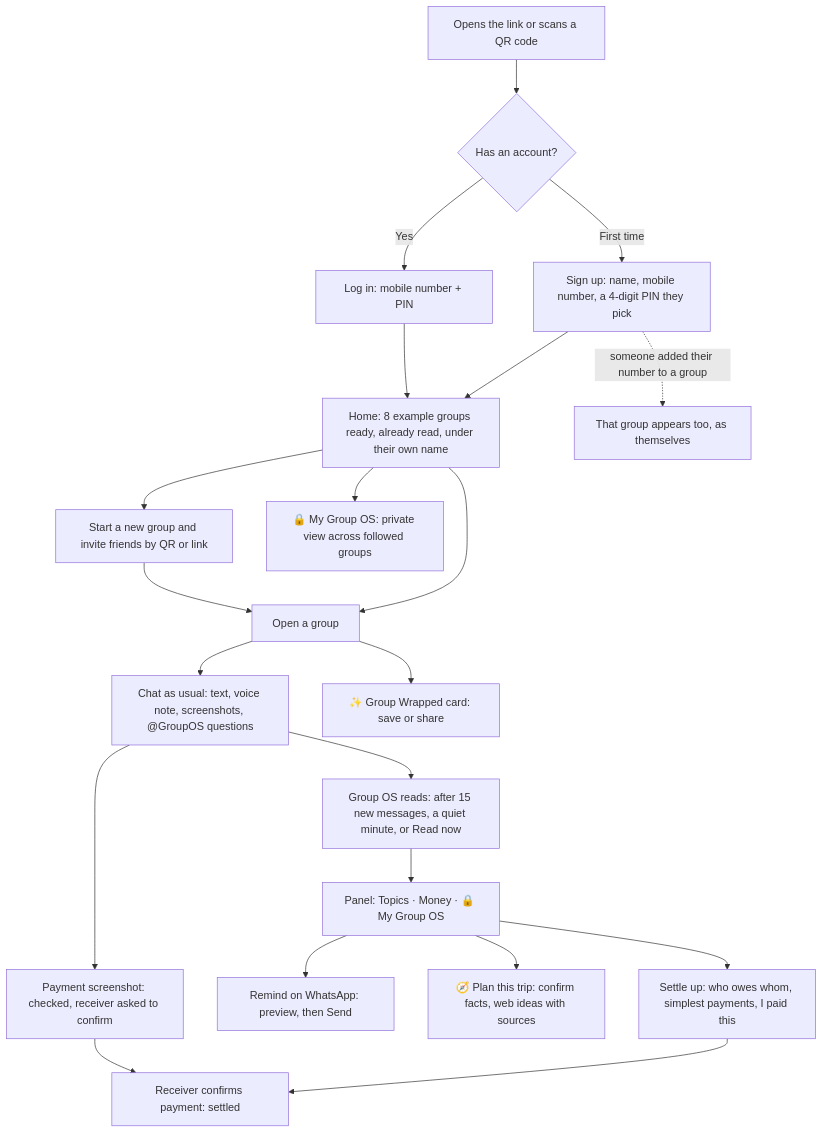
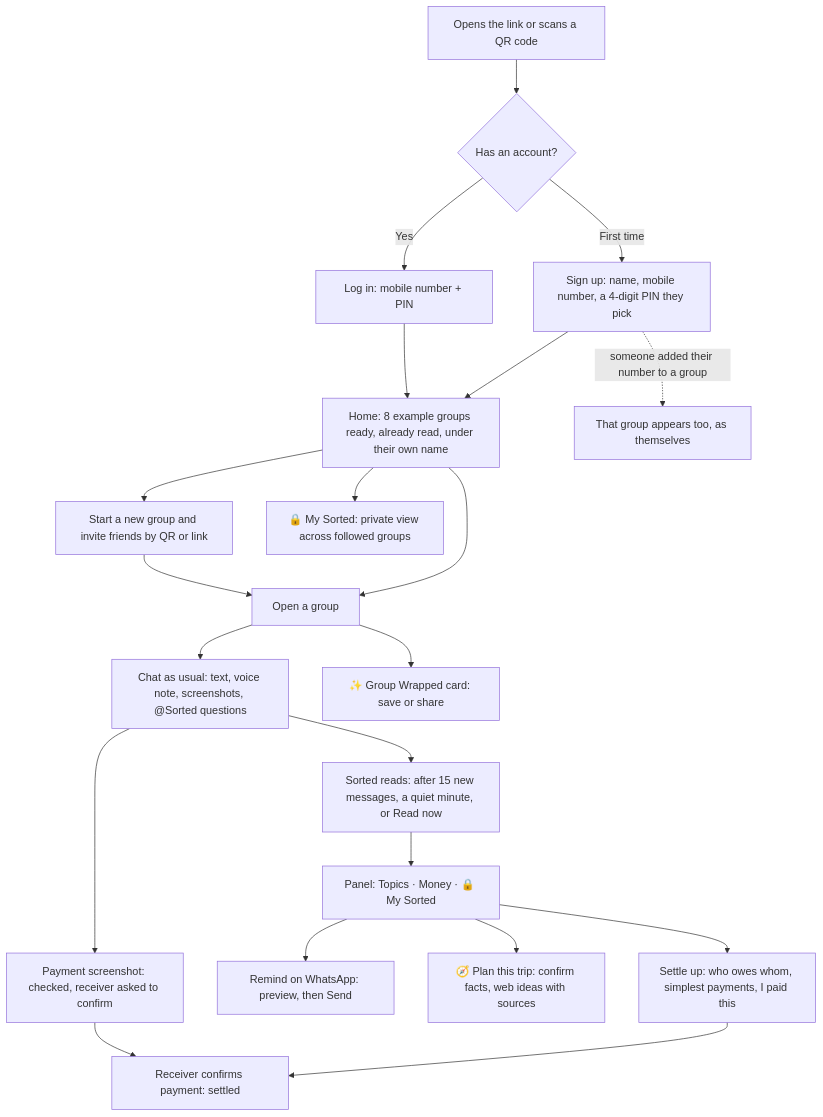
Before and after one commit to kruthikvarshan/sorted: the diagram in docs/USER_FLOW.md, drawn with Mermaid. The commit also changed other lines of this file and 56 other files, not shown here.

````diff
--- a/docs/USER_FLOW.md
+++ b/docs/USER_FLOW.md
@@ -7,23 +7,23 @@
 ```mermaid
 flowchart TD
     A[Opens the link or scans a QR code] --> B{Has an account?}
     B -- First time --> C[Sign up: name, mobile number, a 4-digit PIN they pick]
     B -- Yes --> D[Log in: mobile number + PIN]
     C --> E[Home: 8 example groups ready, already read, under their own name]
     D --> E
     C -. someone added their number to a group .-> E2[That group appears too, as themselves]
     E --> F[Open a group]
     E --> G[Start a new group and invite friends by QR or link]
-    E --> H[🔒 My Group OS: private view across followed groups]
+    E --> H[🔒 My Sorted: private view across followed groups]
     G --> F
-    F --> I[Chat as usual: text, voice note, screenshots, @GroupOS questions]
-    I --> J[Group OS reads: after 15 new messages, a quiet minute, or Read now]
-    J --> K[Panel: Topics · Money · 🔒 My Group OS]
+    F --> I[Chat as usual: text, voice note, screenshots, @Sorted questions]
+    I --> J[Sorted reads: after 15 new messages, a quiet minute, or Read now]
+    J --> K[Panel: Topics · Money · 🔒 My Sorted]
     K --> L[Settle up: who owes whom, simplest payments, I paid this]
     K --> M[Remind on WhatsApp: preview, then Send]
     K --> N[🧭 Plan this trip: confirm facts, web ideas with sources]
     L --> O[Receiver confirms payment: settled]
     I --> P[Payment screenshot: checked, receiver asked to confirm]
     P --> O
     F --> Q[✨ Group Wrapped card: save or share]
 ```
````
